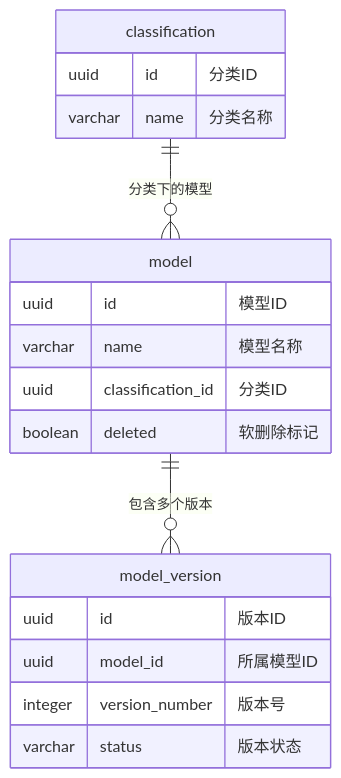
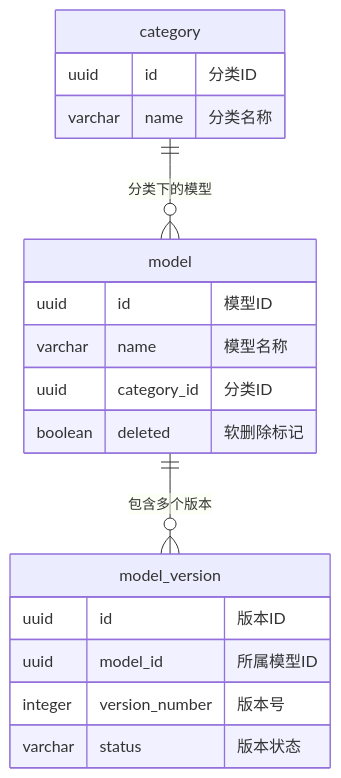
One commit to HaoruiSong622/model-lite-repository changed the first of 4 diagrams in .sisyphus/drafts/feature-design-template.md. Above: the diagram before and after it, drawn with Mermaid. The commit also changed 2 other files, not shown here.

Commit message:
更正统一语言前后不一致问题。

````diff
--- a/.sisyphus/drafts/feature-design-template.md
+++ b/.sisyphus/drafts/feature-design-template.md
@@ -74,25 +74,25 @@
 ```mermaid
 erDiagram
     %% 示例：模型与版本的关系
     model {
         uuid id "模型ID"
         varchar name "模型名称"
-        uuid classification_id "分类ID"
+        uuid category_id "分类ID"
         boolean deleted "软删除标记"
     }
     
     model_version {
         uuid id "版本ID"
         uuid model_id "所属模型ID"
         integer version_number "版本号"
         varchar status "版本状态"
     }
     
-    classification {
+    category {
         uuid id "分类ID"
         varchar name "分类名称"
     }
     
     model ||--o{ model_version : "包含多个版本"
-    classification ||--o{ model : "分类下的模型"
+    category ||--o{ model : "分类下的模型"
 ```
````
